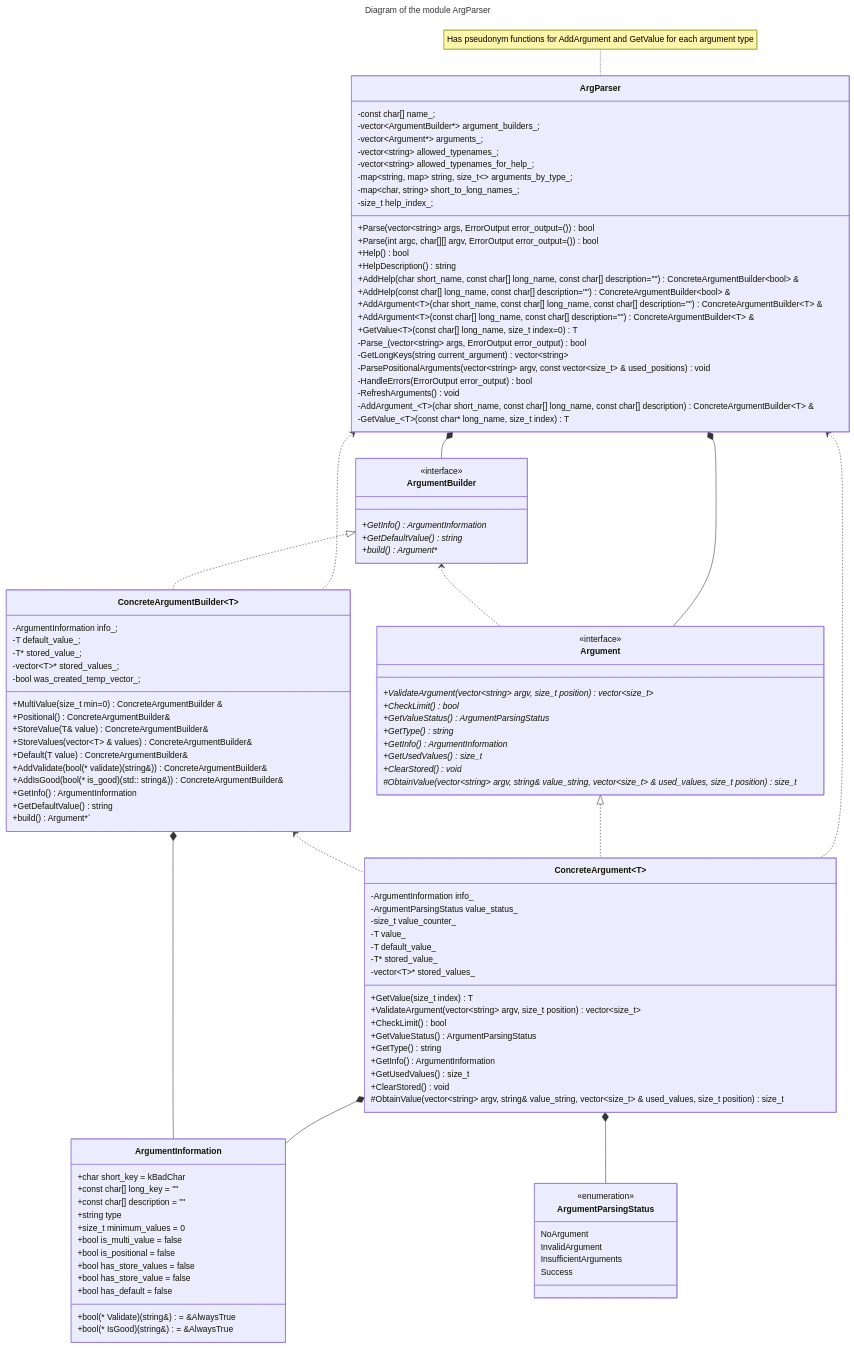
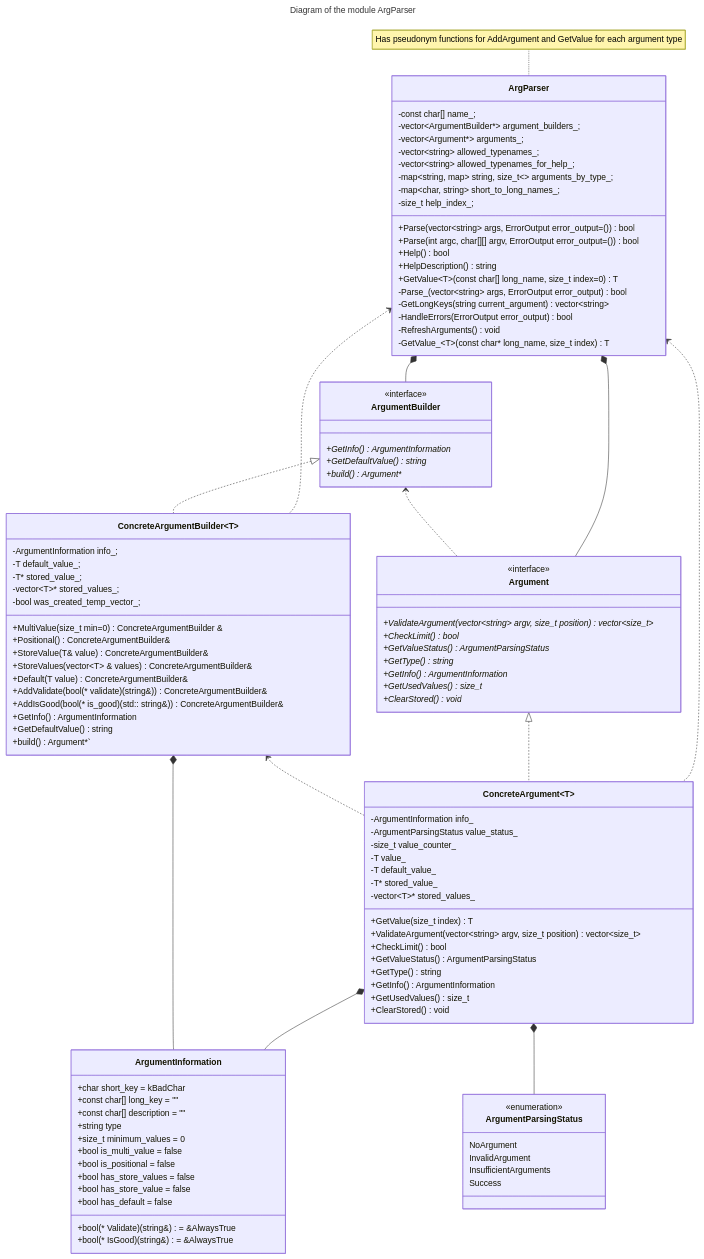
The second of 2 diagrams in lib/argparser/docs/dev/architecture.md (bialger/weather-forecast), drawn with Mermaid before and after one commit.

Commit message:
Hide some methods in UML-Argparser

```diff
--- a/lib/argparser/docs/dev/architecture.md
+++ b/lib/argparser/docs/dev/architecture.md
@@ -52,17 +52,17 @@
         +Parse(int argc, char[][] argv, ErrorOutput error_output=()) bool
         +Help() bool
         +HelpDescription() string
-        +AddHelp(char short_name, const char[] long_name, const char[] description="") ConcreteArgumentBuilder~bool~ &
-        +AddHelp(const char[] long_name, const char[] description="") ConcreteArgumentBuilder~bool~ &
-        +AddArgument~T~(char short_name, const char[] long_name, const char[] description="") ConcreteArgumentBuilder~T~ &
-        +AddArgument~T~(const char[] long_name, const char[] description="") ConcreteArgumentBuilder~T~ &
+        %%+AddHelp(char short_name, const char[] long_name, const char[] description="") ConcreteArgumentBuilder~bool~ &
+        %%+AddHelp(const char[] long_name, const char[] description="") ConcreteArgumentBuilder~bool~ &
+        %%+AddArgument~T~(char short_name, const char[] long_name, const char[] description="") ConcreteArgumentBuilder~T~ &
+        %%+AddArgument~T~(const char[] long_name, const char[] description="") ConcreteArgumentBuilder~T~ &
         +GetValue~T~(const char[] long_name, size_t index=0) T
         -Parse_(vector~string~ args, ErrorOutput error_output) bool
         -GetLongKeys(string current_argument) vector~string~
-        -ParsePositionalArguments(vector~string~ argv, const vector~size_t~ & used_positions) void
+        %%-ParsePositionalArguments(vector~string~ argv, const vector~size_t~ & used_positions) void
         -HandleErrors(ErrorOutput error_output) bool
         -RefreshArguments() void
-        -AddArgument_~T~(char short_name, const char[] long_name, const char[] description) ConcreteArgumentBuilder~T~ &
+        %%-AddArgument_~T~(char short_name, const char[] long_name, const char[] description) ConcreteArgumentBuilder~T~ &
         -GetValue_~T~(const char* long_name, size_t index) T
     }
     class Argument {
@@ -74,7 +74,7 @@
         +GetInfo()* ArgumentInformation
         +GetUsedValues()* size_t
         +ClearStored()* void
-        #ObtainValue(vector~string~ argv, string& value_string, vector~size_t~ & used_values, size_t position)* size_t
+        %%#ObtainValue(vector~string~ argv, string& value_string, vector~size_t~ & used_values, size_t position)* size_t
     }
     class ArgumentBuilder {
         <<interface>>
@@ -98,7 +98,7 @@
         +GetInfo() ArgumentInformation
         +GetUsedValues() size_t
         +ClearStored() void
-        #ObtainValue(vector~string~ argv, string& value_string, vector~size_t~ & used_values, size_t position) size_t
+        %%#ObtainValue(vector~string~ argv, string& value_string, vector~size_t~ & used_values, size_t position) size_t
     }
     class ConcreteArgumentBuilder~T~ {
         -ArgumentInformation info_;
```
